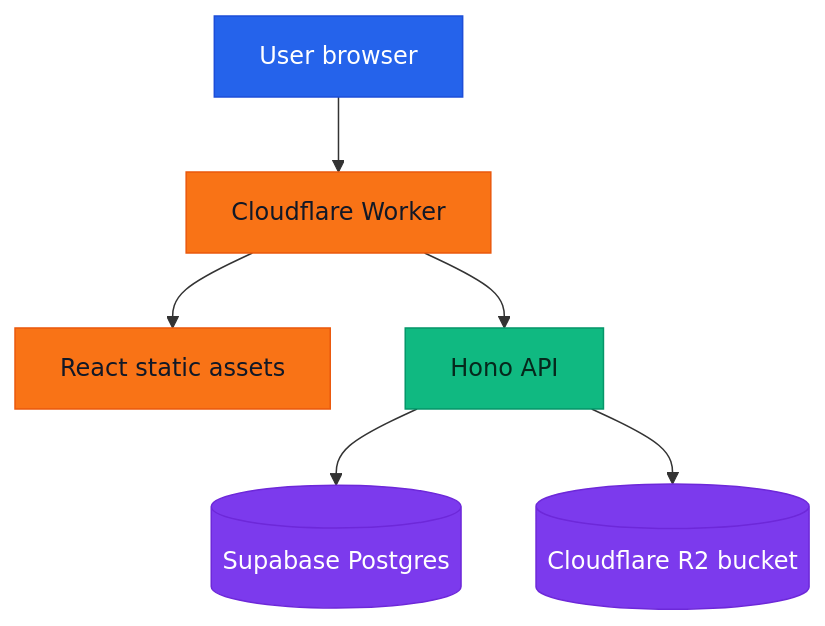
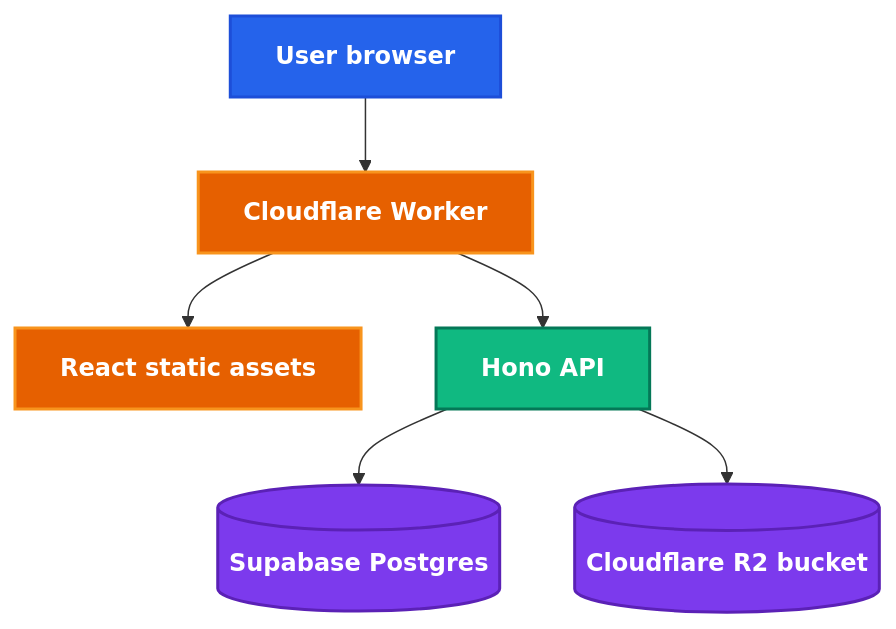
One commit to PuttTim/orbital-26-deployment-workshop changed the sixth of 9 diagrams in slides/pages/part-1.md. Above: the diagram before and after it, drawn with Mermaid. The commit also changed other lines of this file and 1 other file, not shown here.

````diff
--- a/slides/pages/part-1.md
+++ b/slides/pages/part-1.md
@@ -550,18 +552,18 @@
 ```mermaid {scale: 0.64}
 flowchart TB
     U[User browser] --> W[Cloudflare Worker]
     W --> A[React static assets]
     W --> H[Hono API]
     H --> S[(Supabase Postgres)]
     H --> R[(Cloudflare R2 bucket)]
 
-    classDef client fill:#2563eb,color:#fff,stroke:#1d4ed8
-    classDef worker fill:#f97316,color:#111827,stroke:#ea580c
-    classDef api fill:#10b981,color:#06281c,stroke:#059669
-    classDef data fill:#7c3aed,color:#fff,stroke:#6d28d9
+    classDef client fill:#2563eb,color:#ffffff,stroke:#1d4ed8,stroke-width:2px,font-weight:bold
+    classDef worker fill:#e66000,color:#ffffff,stroke:#f8941d,stroke-width:2px,font-weight:bold
+    classDef api fill:#10b981,color:#ffffff,stroke:#047857,stroke-width:2px,font-weight:bold
+    classDef data fill:#7c3aed,color:#ffffff,stroke:#5b21b6,stroke-width:2px,font-weight:bold
 
     class U client
     class W,A worker
     class H api
     class S,R data
 ```
````
